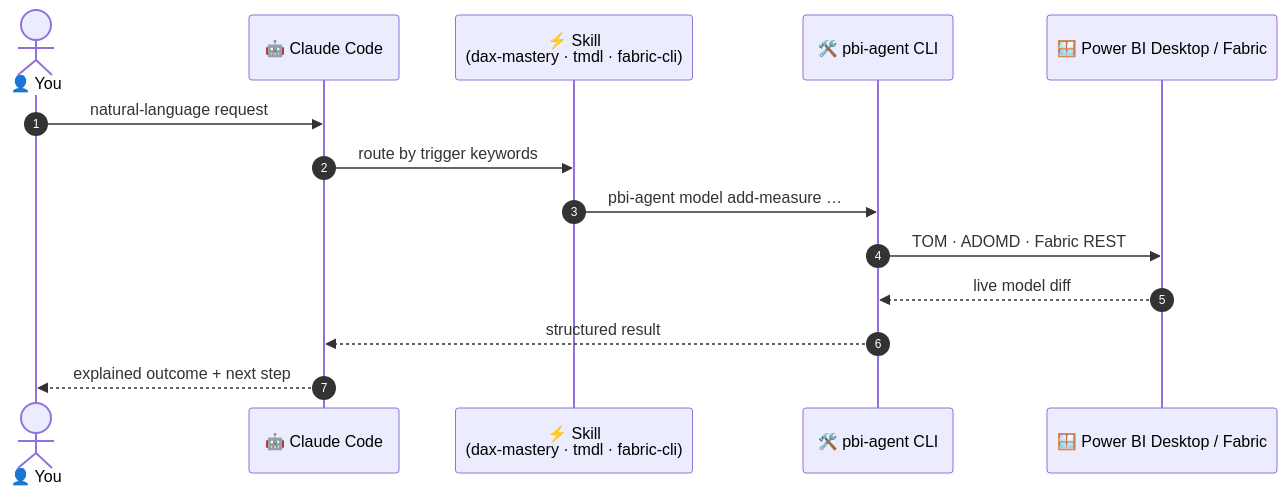
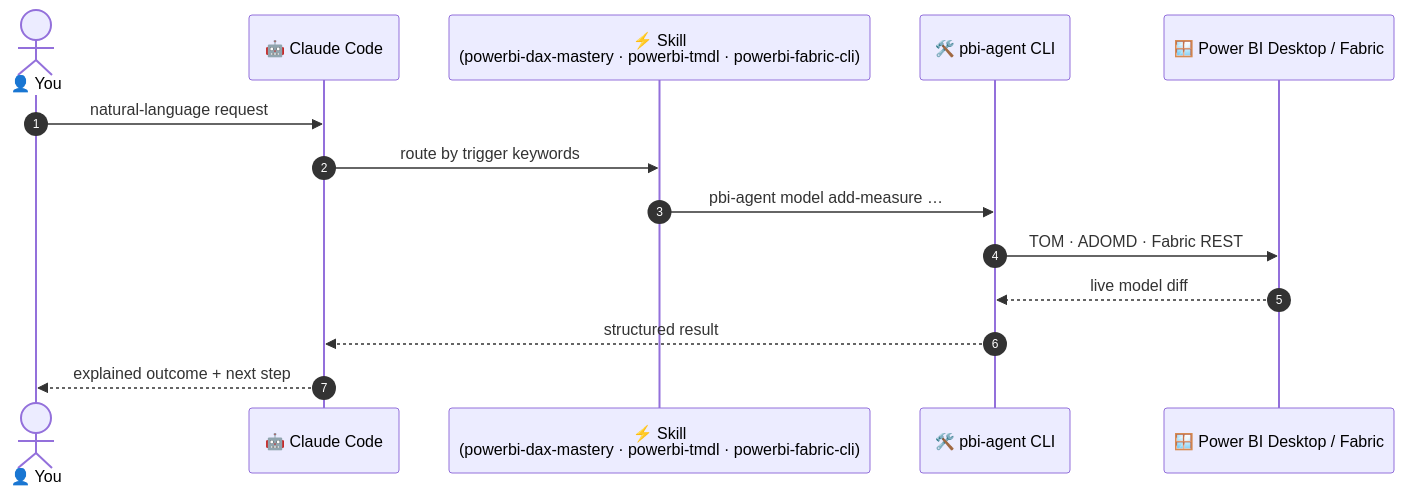
Before and after one commit to santoshkanthety/powerbi-agent: the first of 6 diagrams in README.md, drawn with Mermaid. The commit also changed other lines of this file and 111 other files, not shown here.

First line of the commit message:
feat: canonical SKILL.md layout + schema shared with databricks-agent (#15)

````diff
--- a/README.md
+++ b/README.md
@@ -55,17 +55,17 @@
 ```mermaid
 sequenceDiagram
     autonumber
     actor U as 👤 You
     participant C as 🤖 Claude Code
-    participant S as ⚡ Skill<br/>(dax-mastery · tmdl · fabric-cli)
+    participant S as ⚡ Skill<br/>(powerbi-dax-mastery · powerbi-tmdl · powerbi-fabric-cli)
     participant A as 🛠️ pbi-agent CLI
     participant P as 🪟 Power BI Desktop / Fabric
 
     U->>C: natural-language request
     C->>S: route by trigger keywords
     S->>A: pbi-agent model add-measure …
     A->>P: TOM · ADOMD · Fabric REST
     P-->>A: live model diff
     A-->>C: structured result
     C-->>U: explained outcome + next step
 ```
````
